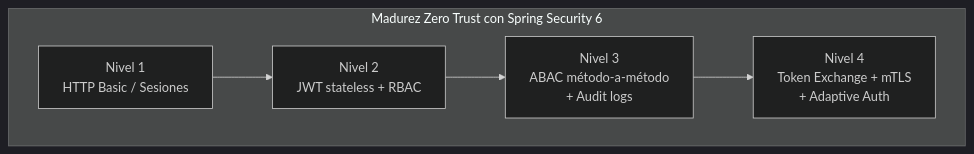
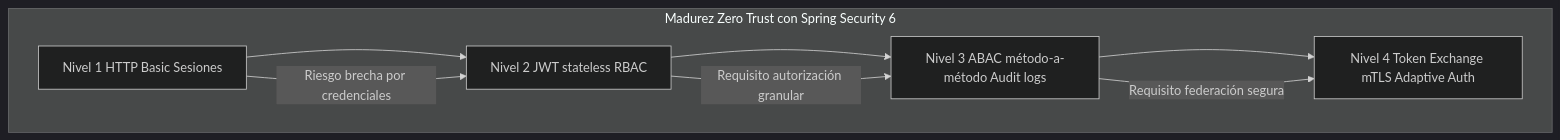
Before and after one commit to Joaquinriosheredia/DAM-Java-Mastery: the fifth of 5 diagrams in 03_Spring_Ecosystem/spring_security_6_avanzado_metodo_a_metodo_y_oauth2_resource_server_STAFF.md, drawn with Mermaid (dark theme). The commit also changed other lines of this file, not shown here.

````diff
--- a/03_Spring_Ecosystem/spring_security_6_avanzado_metodo_a_metodo_y_oauth2_resource_server_STAFF.md
+++ b/03_Spring_Ecosystem/spring_security_6_avanzado_metodo_a_metodo_y_oauth2_resource_server_STAFF.md
@@ -656,8 +824,13 @@
 ```mermaid
 graph TD
     subgraph "Madurez Zero Trust con Spring Security 6"
-        L1[Nivel 1\nHTTP Basic / Sesiones] --> L2[Nivel 2\nJWT stateless + RBAC]
-        L2 --> L3[Nivel 3\nABAC método-a-método\n+ Audit logs]
-        L3 --> L4[Nivel 4\nToken Exchange + mTLS\n+ Adaptive Auth]
+        L1[Nivel 1 HTTP Basic Sesiones] --> L2
+        L2[Nivel 2 JWT stateless RBAC] --> L3
+        L3[Nivel 3 ABAC método-a-método Audit logs] --> L4
+        L4[Nivel 4 Token Exchange mTLS Adaptive Auth]
     end
+    
+    L1 -->|Riesgo brecha por credenciales| L2
+    L2 -->|Requisito autorización granular| L3
+    L3 -->|Requisito federación segura| L4
 ```
````
